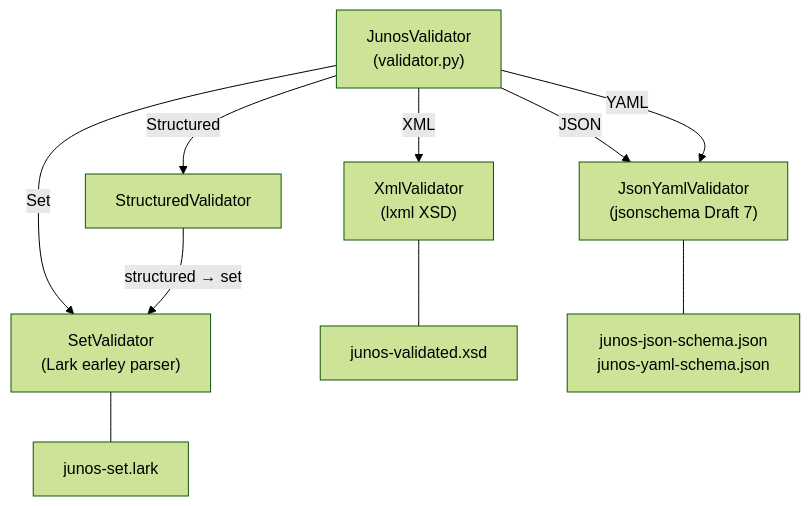
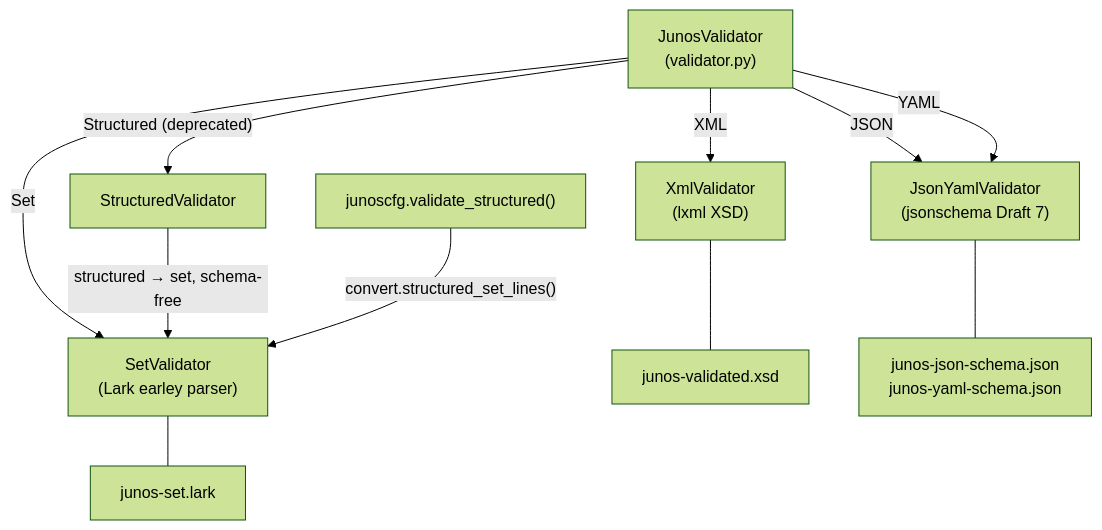
One commit to dg-i/junoscfg changed the sixth of 8 diagrams in docs/architecture/developer-guide.md. Above: the diagram before and after it, drawn with Mermaid (forest theme). The commit also changed other lines of this file and 38 other files, not shown here.

````diff
--- a/docs/architecture/developer-guide.md
+++ b/docs/architecture/developer-guide.md
@@ -462,15 +462,16 @@
 ```mermaid
 flowchart TD
     JV["JunosValidator\n(validator.py)"]
 
     JV -->|XML| XV["XmlValidator\n(lxml XSD)"]
     JV -->|JSON| JYV["JsonYamlValidator\n(jsonschema Draft 7)"]
     JV -->|YAML| JYV
     JV -->|Set| SV["SetValidator\n(Lark earley parser)"]
-    JV -->|Structured| STRV["StructuredValidator"]
-    STRV -->|"structured → set"| SV
+    JV -->|"Structured (deprecated)"| STRV["StructuredValidator"]
+    STRV -->|"structured → set, schema-free"| SV
+    VS["junoscfg.validate_structured()"] -->|"convert.structured_set_lines()"| SV
 
     XV --- XSD["junos-validated.xsd"]
     JYV --- JSCHEMA2["junos-json-schema.json\njunos-yaml-schema.json"]
     SV --- LARK2["junos-set.lark"]
 ```
````
